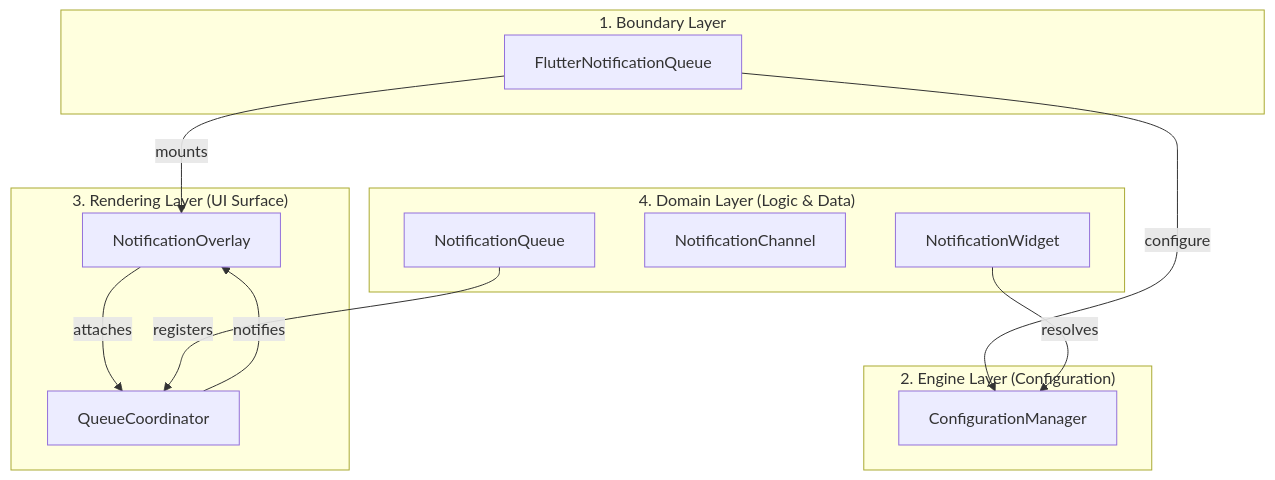
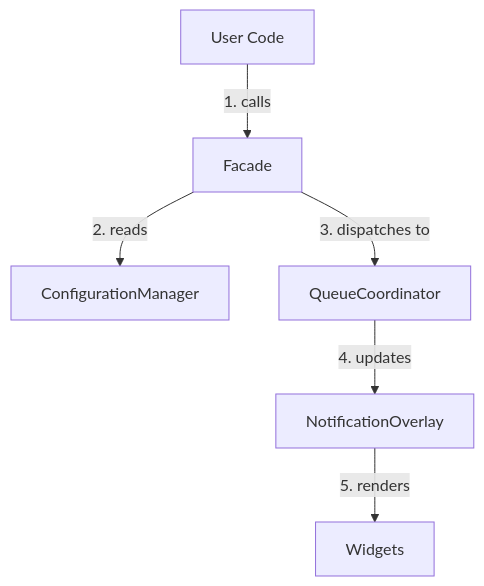
Before and after one commit to pooriaaskarim/flutter_notification_queue: the diagram in doc/core/architecture.md, drawn with Mermaid. The commit also changed other lines of this file and 9 other files, not shown here.

````diff
--- a/doc/core/architecture.md
+++ b/doc/core/architecture.md
@@ -7,28 +18,8 @@
 ```mermaid
 graph TD
-    subgraph "1. Boundary Layer"
-        FNQ["FlutterNotificationQueue"]
-    end
-
-    subgraph "2. Engine Layer (Configuration)"
-        CM["ConfigurationManager"]
-    end
-
-    subgraph "3. Rendering Layer (UI Surface)"
-        NO["NotificationOverlay"]
-        QC["QueueCoordinator"]
-    end
-
-    subgraph "4. Domain Layer (Logic & Data)"
-        NQ["NotificationQueue"]
-        NC["NotificationChannel"]
-        NW["NotificationWidget"]
-    end
-
-    FNQ -->|configure| CM
-    FNQ -->|mounts| NO
-    NO -->|attaches| QC
-    NW -->|resolves| CM
-    NQ -->|registers| QC
-    QC -->|notifies| NO
+    User[User Code] -->|1. calls| FNQ[Facade]
+    FNQ -->|2. reads| Config[ConfigurationManager]
+    FNQ -->|3. dispatches to| Coord[QueueCoordinator]
+    Coord -->|4. updates| Overlay[NotificationOverlay]
+    Overlay -->|5. renders| UI[Widgets]
 ```
````
